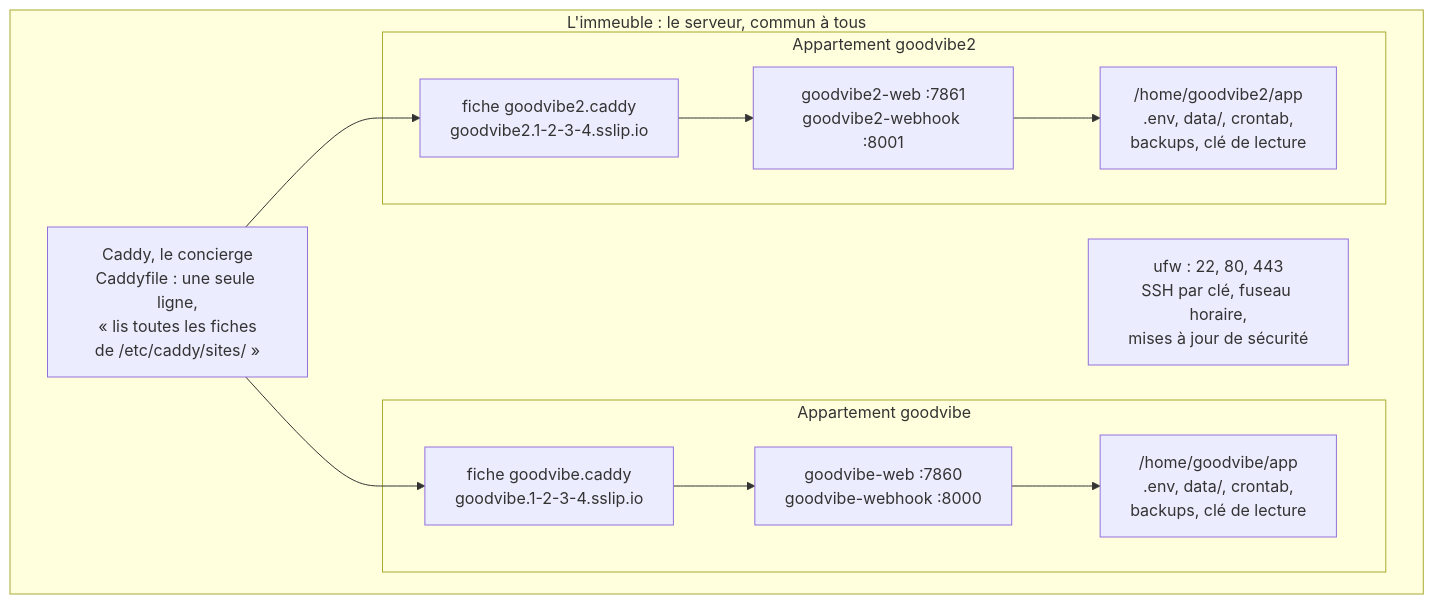
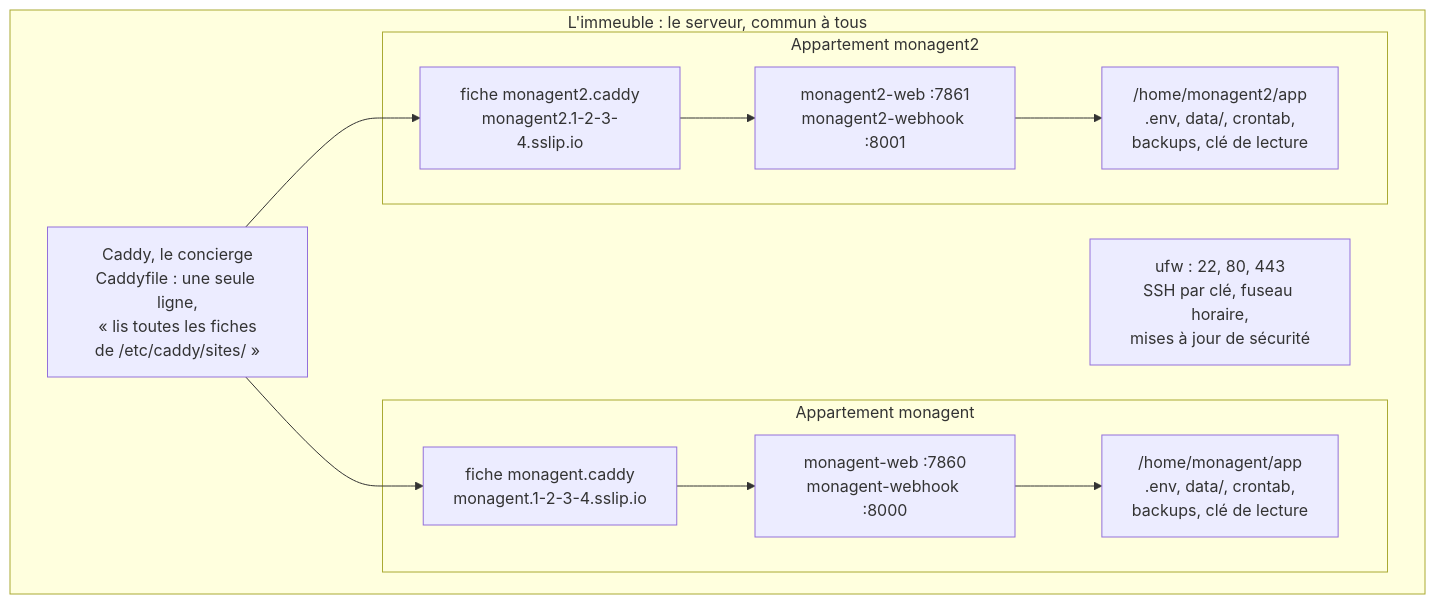
Before and after one commit to lecinquiemejour-code/goodvibe-tuto: diagram 34 of 43 in tuto-goodvibe-vibecoding.md, drawn with Mermaid. The commit also changed other lines of this file and 2 other files, not shown here.

````diff
--- a/tuto-goodvibe-vibecoding.md
+++ b/tuto-goodvibe-vibecoding.md
@@ -1828,20 +1828,20 @@
 ```mermaid
 flowchart TD
     subgraph I["L'immeuble : le serveur, commun à tous"]
         C["Caddy, le concierge<br/>Caddyfile : une seule ligne,<br/>« lis toutes les fiches<br/>de /etc/caddy/sites/ »"]
         U["ufw : 22, 80, 443<br/>SSH par clé, fuseau horaire,<br/>mises à jour de sécurité"]
-        subgraph A1["Appartement goodvibe"]
-            F1["fiche goodvibe.caddy<br/>goodvibe.1-2-3-4.sslip.io"]
-            S1["goodvibe-web :7860<br/>goodvibe-webhook :8000"]
-            H1["/home/goodvibe/app<br/>.env, data/, crontab,<br/>backups, clé de lecture"]
+        subgraph A1["Appartement monagent"]
+            F1["fiche monagent.caddy<br/>monagent.1-2-3-4.sslip.io"]
+            S1["monagent-web :7860<br/>monagent-webhook :8000"]
+            H1["/home/monagent/app<br/>.env, data/, crontab,<br/>backups, clé de lecture"]
         end
-        subgraph A2["Appartement goodvibe2"]
-            F2["fiche goodvibe2.caddy<br/>goodvibe2.1-2-3-4.sslip.io"]
-            S2["goodvibe2-web :7861<br/>goodvibe2-webhook :8001"]
-            H2["/home/goodvibe2/app<br/>.env, data/, crontab,<br/>backups, clé de lecture"]
+        subgraph A2["Appartement monagent2"]
+            F2["fiche monagent2.caddy<br/>monagent2.1-2-3-4.sslip.io"]
+            S2["monagent2-web :7861<br/>monagent2-webhook :8001"]
+            H2["/home/monagent2/app<br/>.env, data/, crontab,<br/>backups, clé de lecture"]
         end
     end
     C --> F1 & F2
     F1 --> S1 --> H1
     F2 --> S2 --> H2
 ```
````
